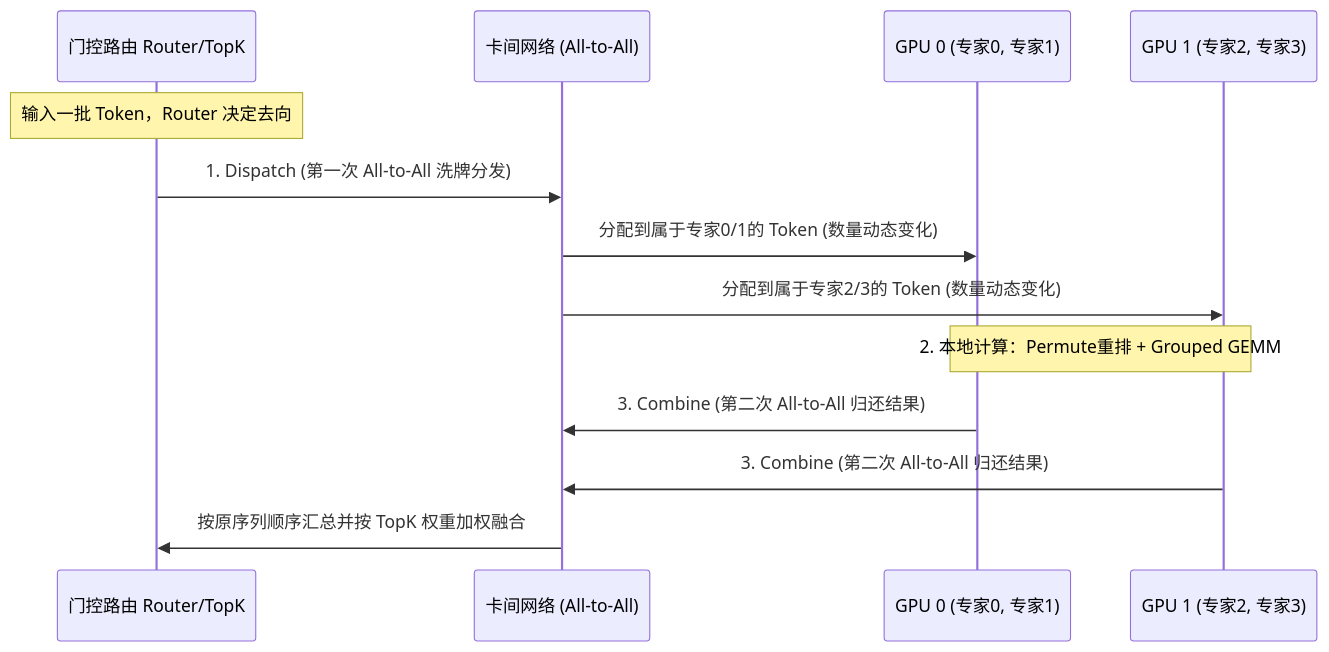
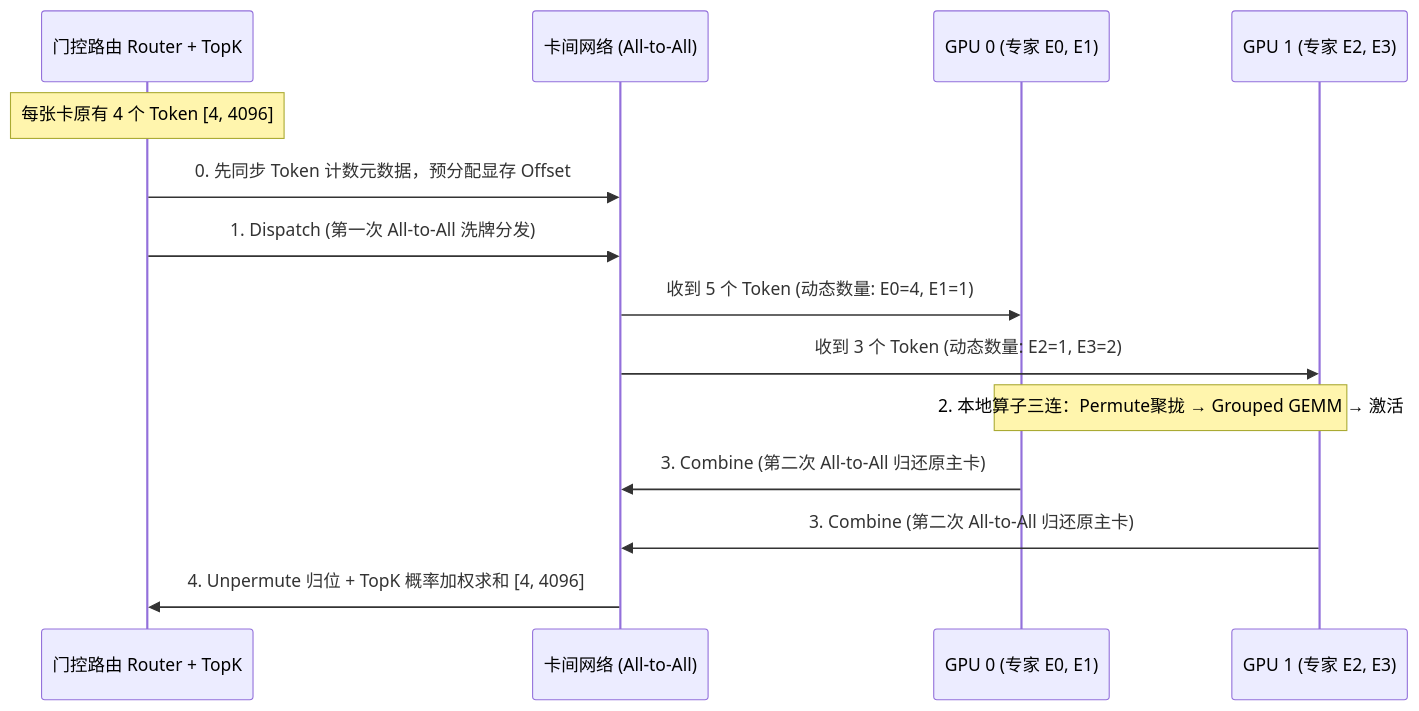
Before and after one commit to hqu-little-boy/blog: the seventh of 15 diagrams in src/content/posts/ai-chip-operator-development-complete-tutorial.md, drawn with Mermaid. The commit also changed other lines of this file, not shown here.

````diff
--- a/src/content/posts/ai-chip-operator-development-complete-tutorial.md
+++ b/src/content/posts/ai-chip-operator-development-complete-tutorial.md
@@ -308,16 +379,17 @@
 ```mermaid
 sequenceDiagram
-    participant C as 门控路由 Router/TopK
+    participant R as 门控路由 Router + TopK
     participant Net as 卡间网络 (All-to-All)
-    participant E0 as GPU 0 (专家0, 专家1)
-    participant E1 as GPU 1 (专家2, 专家3)
+    participant G0 as GPU 0 (专家 E0, E1)
+    participant G1 as GPU 1 (专家 E2, E3)
 
-    Note over C: 输入一批 Token，Router 决定去向
-    C->>Net: 1. Dispatch (第一次 All-to-All 洗牌分发)
-    Net->>E0: 分配到属于专家0/1的 Token (数量动态变化)
-    Net->>E1: 分配到属于专家2/3的 Token (数量动态变化)
-    Note over E0,E1: 2. 本地计算：Permute重排 + Grouped GEMM
-    E0->>Net: 3. Combine (第二次 All-to-All 归还结果)
-    E1->>Net: 3. Combine (第二次 All-to-All 归还结果)
-    Net->>C: 按原序列顺序汇总并按 TopK 权重加权融合
+    Note over R: 每张卡原有 4 个 Token [4, 4096]
+    R->>Net: 0. 先同步 Token 计数元数据，预分配显存 Offset
+    R->>Net: 1. Dispatch (第一次 All-to-All 洗牌分发)
+    Net->>G0: 收到 5 个 Token (动态数量: E0=4, E1=1)
+    Net->>G1: 收到 3 个 Token (动态数量: E2=1, E3=2)
+    Note over G0,G1: 2. 本地算子三连：Permute聚拢 → Grouped GEMM → 激活
+    G0->>Net: 3. Combine (第二次 All-to-All 归还原主卡)
+    G1->>Net: 3. Combine (第二次 All-to-All 归还原主卡)
+    Net->>R: 4. Unpermute 归位 + TopK 概率加权求和 [4, 4096]
 ```
````
